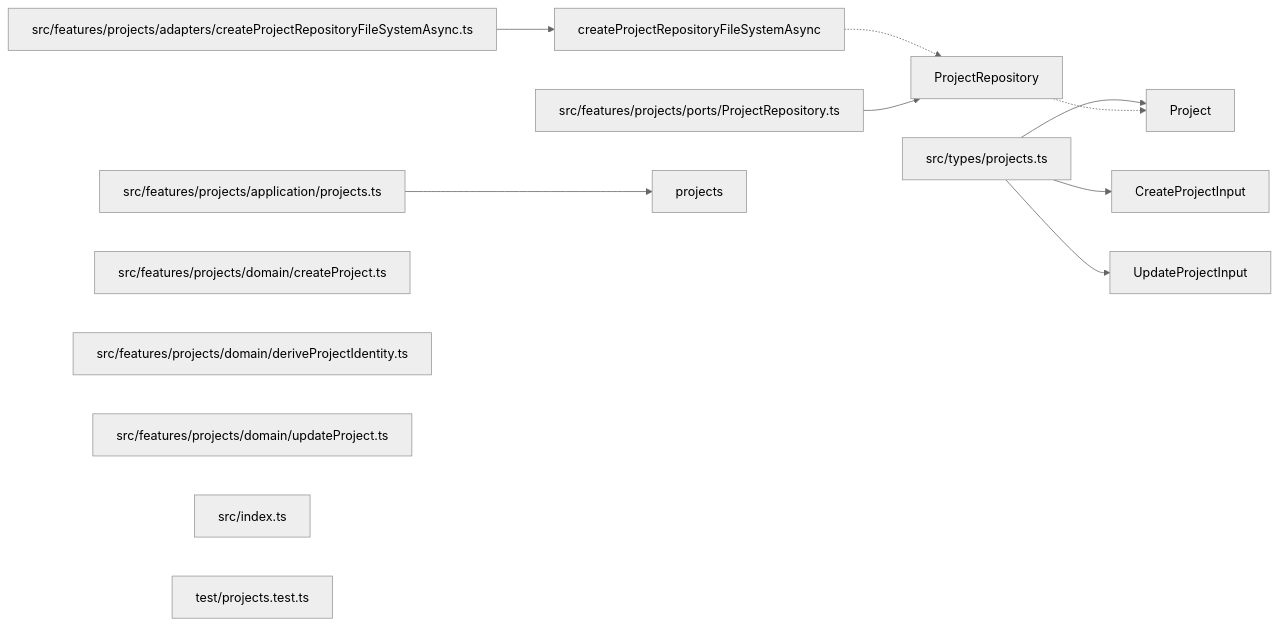
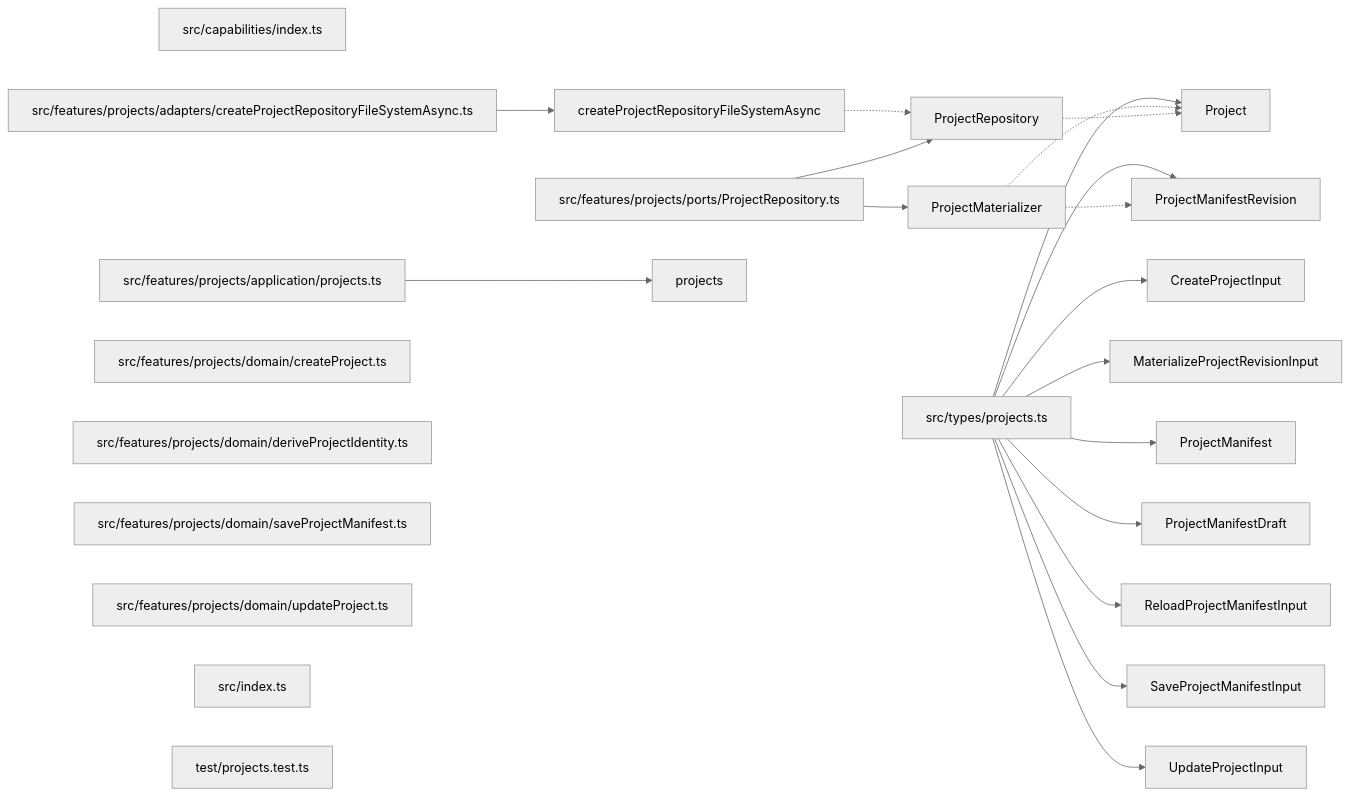
The diagram in paradox/diagrams/export-graph.mmd (ankhorage/projects), drawn with Mermaid (neutral theme) before and after one commit. The commit also changed 13 other files, not shown here.

```diff
--- a/paradox/diagrams/export-graph.mmd
+++ b/paradox/diagrams/export-graph.mmd
@@ -1,24 +1,42 @@
 graph LR
+  module_src_capabilities_index_ts["src/capabilities/index.ts"]
   module_src_features_projects_adapters_createProjectRepositoryFileSystemAsync_ts["src/features/projects/adapters/createProjectRepositoryFileSystemAsync.ts"]
   module_src_features_projects_application_projects_ts["src/features/projects/application/projects.ts"]
   module_src_features_projects_domain_createProject_ts["src/features/projects/domain/createProject.ts"]
   module_src_features_projects_domain_deriveProjectIdentity_ts["src/features/projects/domain/deriveProjectIdentity.ts"]
+  module_src_features_projects_domain_saveProjectManifest_ts["src/features/projects/domain/saveProjectManifest.ts"]
   module_src_features_projects_domain_updateProject_ts["src/features/projects/domain/updateProject.ts"]
   module_src_features_projects_ports_ProjectRepository_ts["src/features/projects/ports/ProjectRepository.ts"]
   module_src_index_ts["src/index.ts"]
   module_src_types_projects_ts["src/types/projects.ts"]
   module_test_projects_test_ts["test/projects.test.ts"]
   export_CreateProjectInput["CreateProjectInput"]
   module_src_types_projects_ts --> export_CreateProjectInput
   export_createProjectRepositoryFileSystemAsync["createProjectRepositoryFileSystemAsync"]
   module_src_features_projects_adapters_createProjectRepositoryFileSystemAsync_ts --> export_createProjectRepositoryFileSystemAsync
   export_createProjectRepositoryFileSystemAsync -.-> export_ProjectRepository
+  export_MaterializeProjectRevisionInput["MaterializeProjectRevisionInput"]
+  module_src_types_projects_ts --> export_MaterializeProjectRevisionInput
   export_Project["Project"]
   module_src_types_projects_ts --> export_Project
+  export_ProjectManifest["ProjectManifest"]
+  module_src_types_projects_ts --> export_ProjectManifest
+  export_ProjectManifestDraft["ProjectManifestDraft"]
+  module_src_types_projects_ts --> export_ProjectManifestDraft
+  export_ProjectManifestRevision["ProjectManifestRevision"]
+  module_src_types_projects_ts --> export_ProjectManifestRevision
+  export_ProjectMaterializer["ProjectMaterializer"]
+  module_src_features_projects_ports_ProjectRepository_ts --> export_ProjectMaterializer
+  export_ProjectMaterializer -.-> export_Project
+  export_ProjectMaterializer -.-> export_ProjectManifestRevision
   export_ProjectRepository["ProjectRepository"]
   module_src_features_projects_ports_ProjectRepository_ts --> export_ProjectRepository
   export_ProjectRepository -.-> export_Project
   export_projects["projects"]
   module_src_features_projects_application_projects_ts --> export_projects
+  export_ReloadProjectManifestInput["ReloadProjectManifestInput"]
+  module_src_types_projects_ts --> export_ReloadProjectManifestInput
+  export_SaveProjectManifestInput["SaveProjectManifestInput"]
+  module_src_types_projects_ts --> export_SaveProjectManifestInput
   export_UpdateProjectInput["UpdateProjectInput"]
   module_src_types_projects_ts --> export_UpdateProjectInput
```
